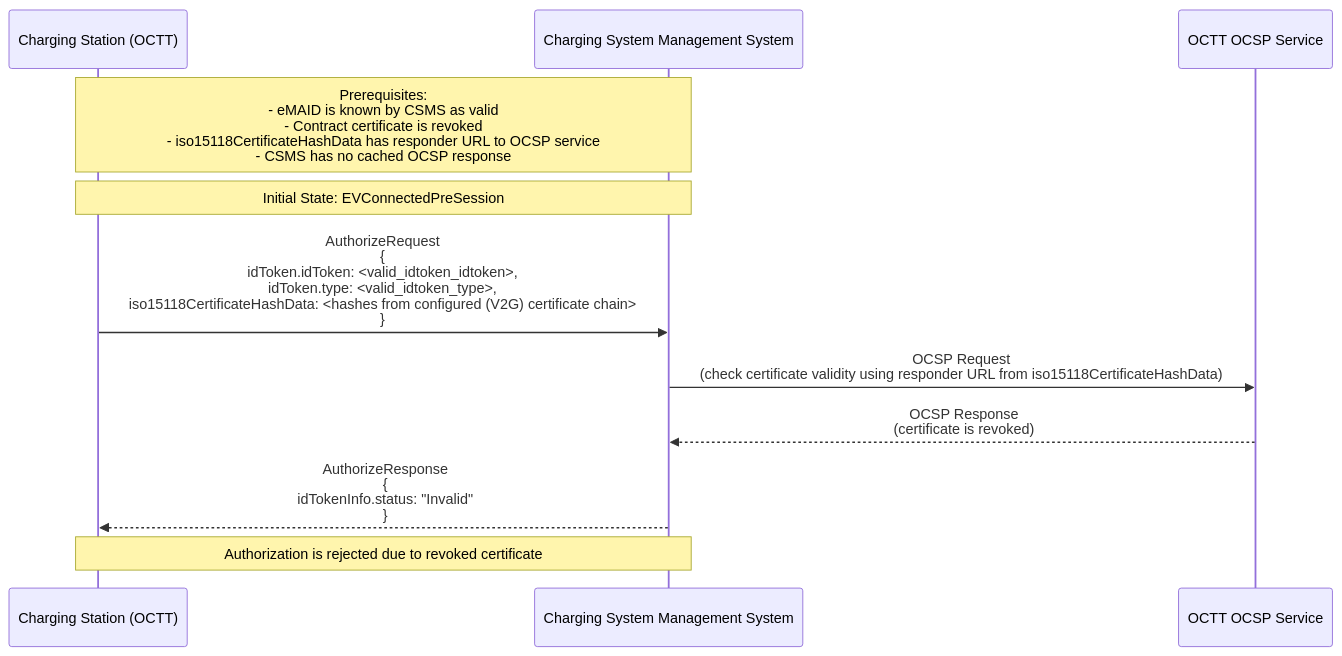
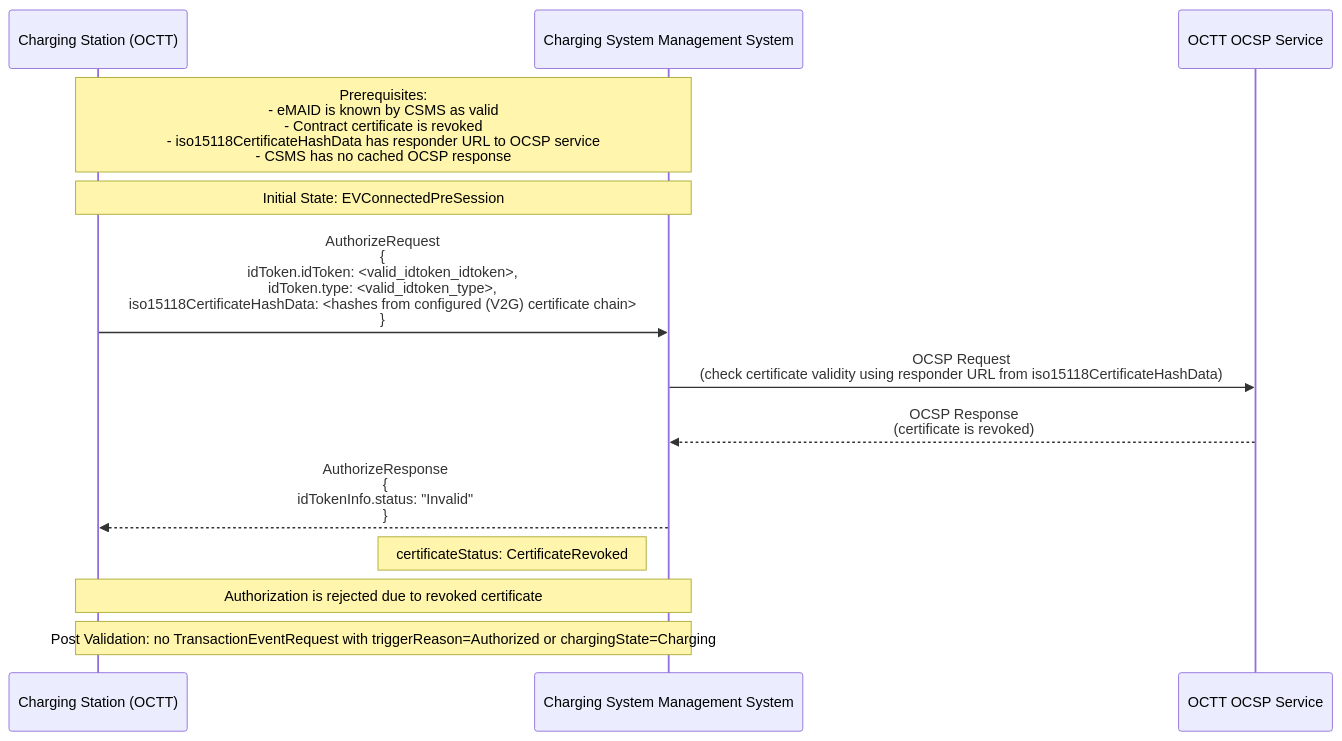
Before and after one commit to AviranAbady/tzi-OCTT: the diagram in C/test_tc_c_51_csms.mermaid, drawn with Mermaid. The commit also changed 547 other files, not shown here.

```diff
--- a/C/test_tc_c_51_csms.mermaid
+++ b/C/test_tc_c_51_csms.mermaid
@@ -1,18 +1,20 @@
 sequenceDiagram
     participant CS as Charging Station (OCTT)
     participant CSMS as Charging System Management System
     participant OCSP as OCTT OCSP Service
     
     Note over CS, CSMS: Prerequisites:<br/>- eMAID is known by CSMS as valid<br/>- Contract certificate is revoked<br/>- iso15118CertificateHashData has responder URL to OCSP service<br/>- CSMS has no cached OCSP response
     
     Note over CS, CSMS: Initial State: EVConnectedPreSession
     
     CS->>CSMS: AuthorizeRequest<br/>{<br/>  idToken.idToken: <valid_idtoken_idtoken>,<br/>  idToken.type: <valid_idtoken_type>,<br/>  iso15118CertificateHashData: <hashes from configured (V2G) certificate chain><br/>}
     
     CSMS->>OCSP: OCSP Request<br/>(check certificate validity using responder URL from iso15118CertificateHashData)
     
     OCSP-->>CSMS: OCSP Response<br/>(certificate is revoked)
     
     CSMS-->>CS: AuthorizeResponse<br/>{<br/>  idTokenInfo.status: "Invalid"<br/>}
-    
+    Note left of CSMS: certificateStatus: CertificateRevoked
+
     Note over CS, CSMS: Authorization is rejected due to revoked certificate
+    Note over CS, CSMS: Post Validation: no TransactionEventRequest with triggerReason=Authorized or chargingState=Charging
```
